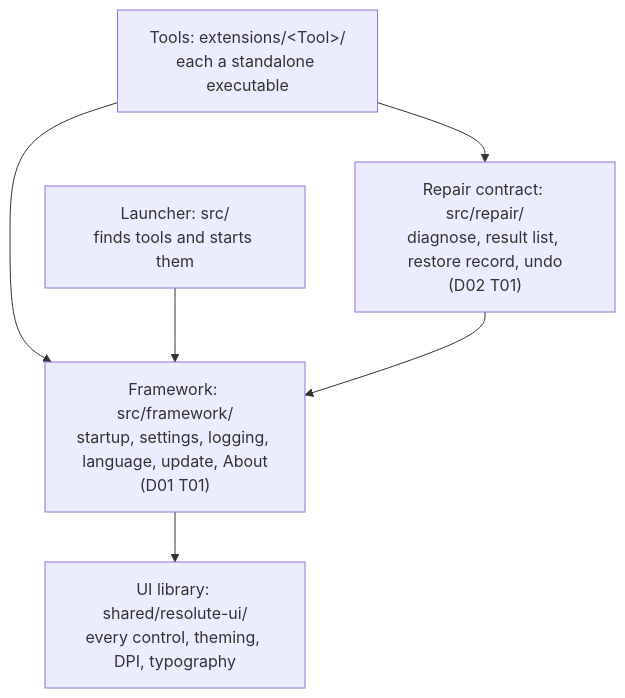
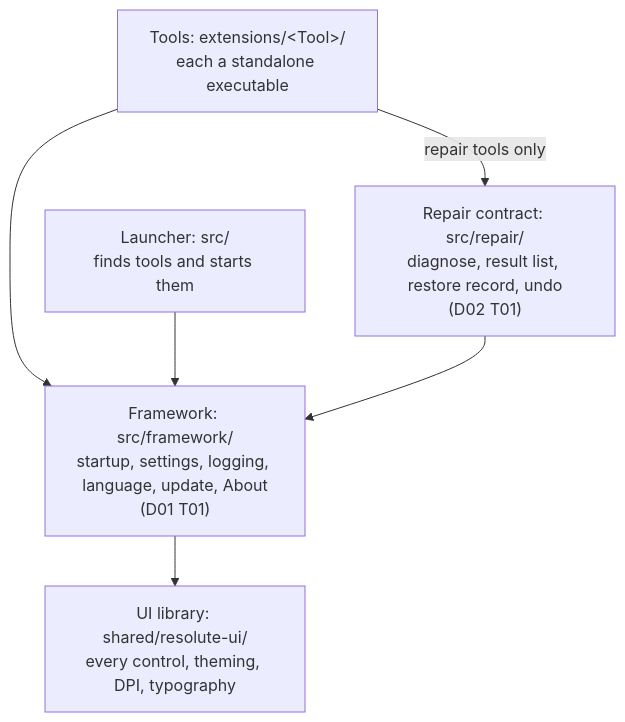
One commit to rizonesoft/Resolute changed the diagram in README.md. Above: the diagram before and after it, drawn with Mermaid. The commit also changed other lines of this file and 2 other files, not shown here.

Commit message:
readme: -ResetMovedTrees deletes, and only repair tools consume the repair contract (D00 T05 §2)

````diff
--- a/README.md
+++ b/README.md
@@ -139,13 +139,13 @@
 ```mermaid
 flowchart TB
     tools["Tools: extensions/&lt;Tool&gt;/<br/>each a standalone executable"]
     launcher["Launcher: src/<br/>finds tools and starts them"]
     repair["Repair contract: src/repair/<br/>diagnose, result list, restore record, undo<br/>(D02 T01)"]
     framework["Framework: src/framework/<br/>startup, settings, logging, language, update, About<br/>(D01 T01)"]
     ui["UI library: shared/resolute-ui/<br/>every control, theming, DPI, typography"]
-    tools --> repair
+    tools -- repair tools only --> repair
     tools --> framework
     launcher --> framework
     repair --> framework
     framework --> ui
 ```
````
